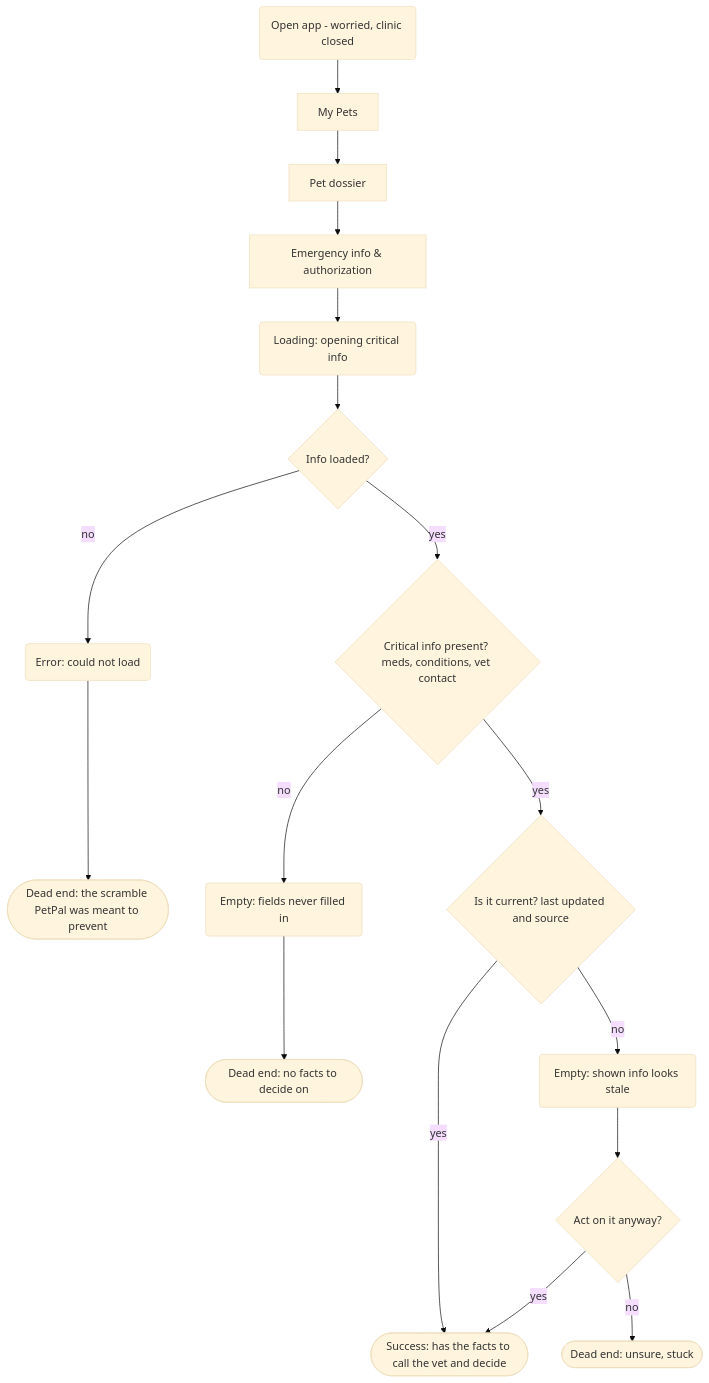
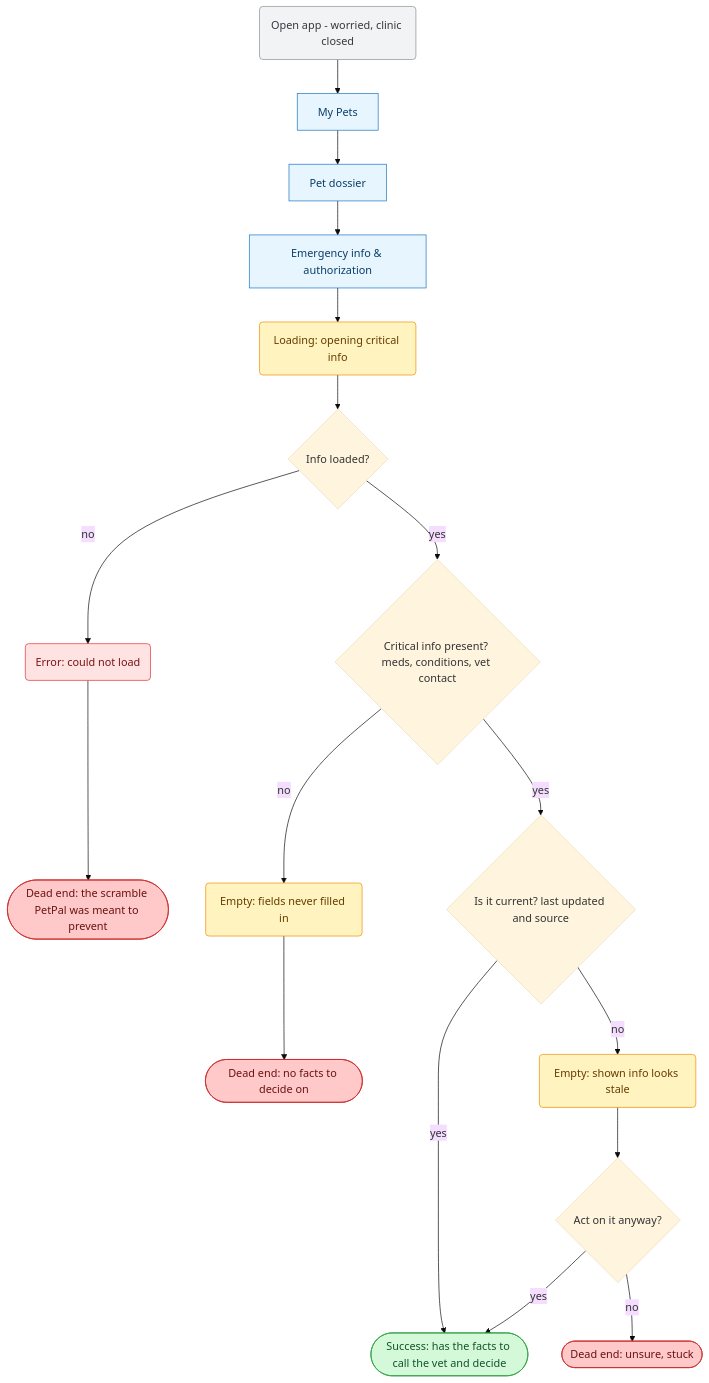
One commit to anaferens/pet-pal changed the fourth of 4 diagrams in research/flows.md. Above: the diagram before and after it, drawn with Mermaid (base theme). The commit also changed other lines of this file, not shown here.

First line of the commit message:
Colour-code user-flow diagrams

````diff
--- a/research/flows.md
+++ b/research/flows.md
@@ -112,19 +156,32 @@
 ```mermaid
 flowchart TD
   Start("Open app - worried, clinic closed") --> Pets["My Pets"]
   Pets --> Dossier["Pet dossier"]
   Dossier --> Emerg["Emergency info & authorization"]
   Emerg --> Load("Loading: opening critical info")
   Load --> Q1{"Info loaded?"}
   Q1 -->|no| Err("Error: could not load")
   Err --> DeadErr(["Dead end: the scramble PetPal was meant to prevent"])
   Q1 -->|yes| Q2{"Critical info present? meds, conditions, vet contact"}
   Q2 -->|no| Empty("Empty: fields never filled in")
   Empty --> DeadEmpty(["Dead end: no facts to decide on"])
   Q2 -->|yes| Q3{"Is it current? last updated and source"}
   Q3 -->|yes| Acted(["Success: has the facts to call the vet and decide"])
   Q3 -->|no| Stale("Empty: shown info looks stale")
   Stale --> Q4{"Act on it anyway?"}
   Q4 -->|no| DeadStale(["Dead end: unsure, stuck"])
   Q4 -->|yes| Acted
+
+  classDef screen fill:#e7f5ff,stroke:#1971c2,color:#0b3d66;
+  classDef state fill:#fff3bf,stroke:#f08c00,color:#663c00;
+  classDef error fill:#ffe3e3,stroke:#e03131,color:#7a1212;
+  classDef success fill:#d3f9d8,stroke:#2f9e44,color:#14532d;
+  classDef deadend fill:#ffc9c9,stroke:#c92a2a,color:#6a1212;
+  classDef start fill:#f1f3f5,stroke:#868e96,color:#343a40;
+  class Start start;
+  class Pets,Dossier,Emerg screen;
+  class Load,Empty,Stale state;
+  class Err error;
+  class Acted success;
+  class DeadErr,DeadEmpty,DeadStale deadend;
 ```
````
